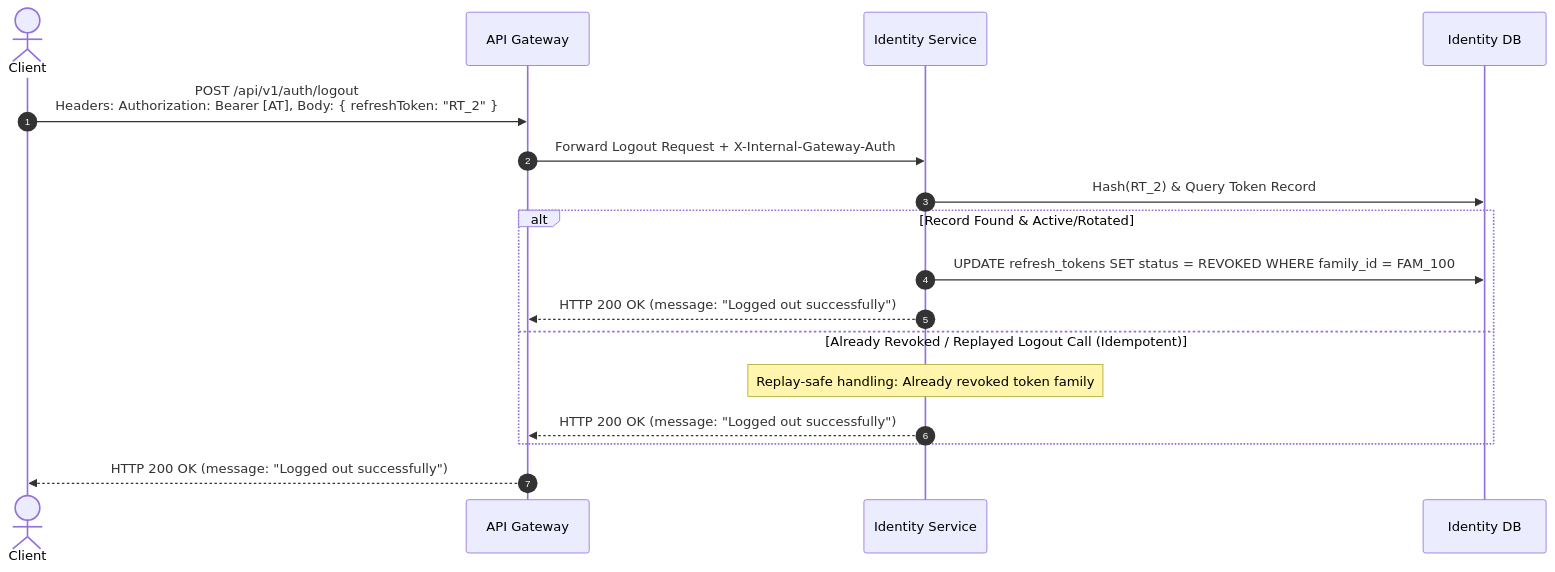
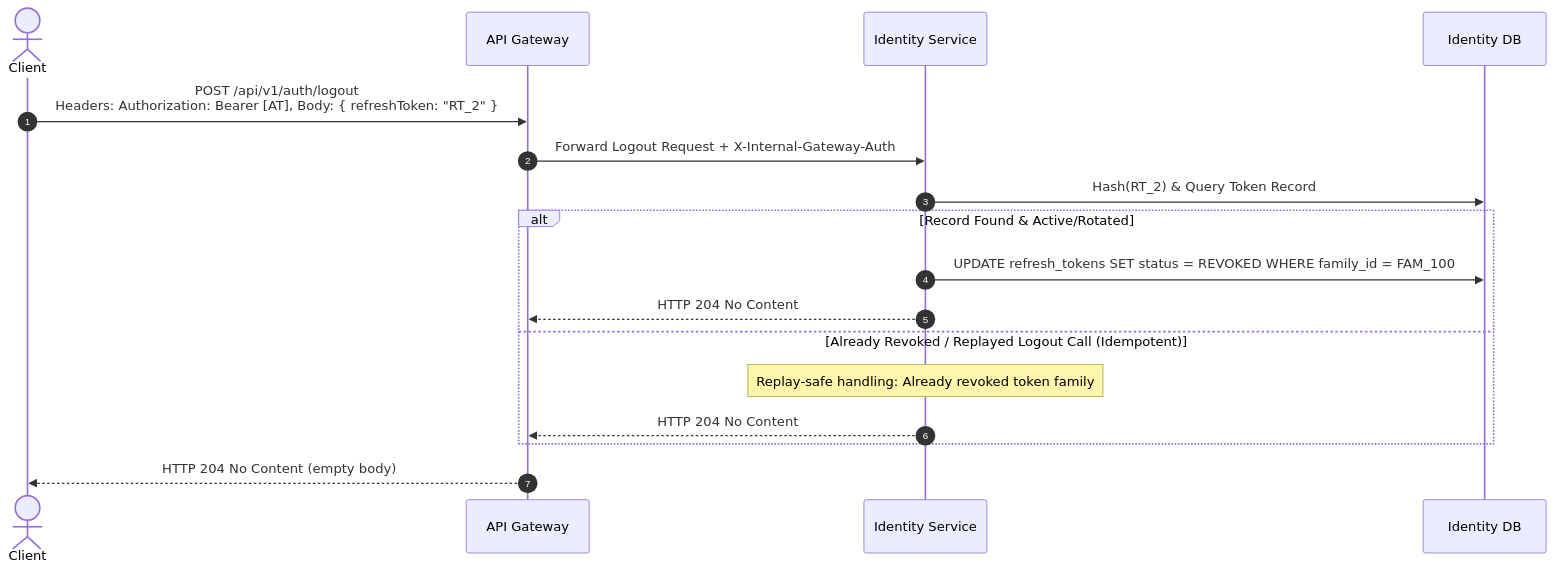
Before and after one commit to vanphutin/movie-ticket-booking-app: the third of 5 diagrams in AI-contracts/designs/2026-07-28-tkt-w04-d03-design.md, drawn with Mermaid. The commit also changed other lines of this file and 2 other files, not shown here.

````diff
--- a/AI-contracts/designs/2026-07-28-tkt-w04-d03-design.md
+++ b/AI-contracts/designs/2026-07-28-tkt-w04-d03-design.md
@@ -229,20 +245,20 @@
   ```mermaid
   sequenceDiagram
       autonumber
       actor Client
       participant Gateway as API Gateway
       participant Auth as Identity Service
       participant DB as Identity DB
 
       Client->>Gateway: POST /api/v1/auth/logout<br/>Headers: Authorization: Bearer [AT], Body: { refreshToken: "RT_2" }
       Gateway->>Auth: Forward Logout Request + X-Internal-Gateway-Auth
       Auth->>DB: Hash(RT_2) & Query Token Record
       alt Record Found & Active/Rotated
           Auth->>DB: UPDATE refresh_tokens SET status = REVOKED WHERE family_id = FAM_100
-          Auth-->>Gateway: HTTP 200 OK (message: "Logged out successfully")
+          Auth-->>Gateway: HTTP 204 No Content
       else Already Revoked / Replayed Logout Call (Idempotent)
           Note over Auth: Replay-safe handling: Already revoked token family
-          Auth-->>Gateway: HTTP 200 OK (message: "Logged out successfully")
+          Auth-->>Gateway: HTTP 204 No Content
       end
-      Gateway-->>Client: HTTP 200 OK (message: "Logged out successfully")
+      Gateway-->>Client: HTTP 204 No Content (empty body)
   ```
````
